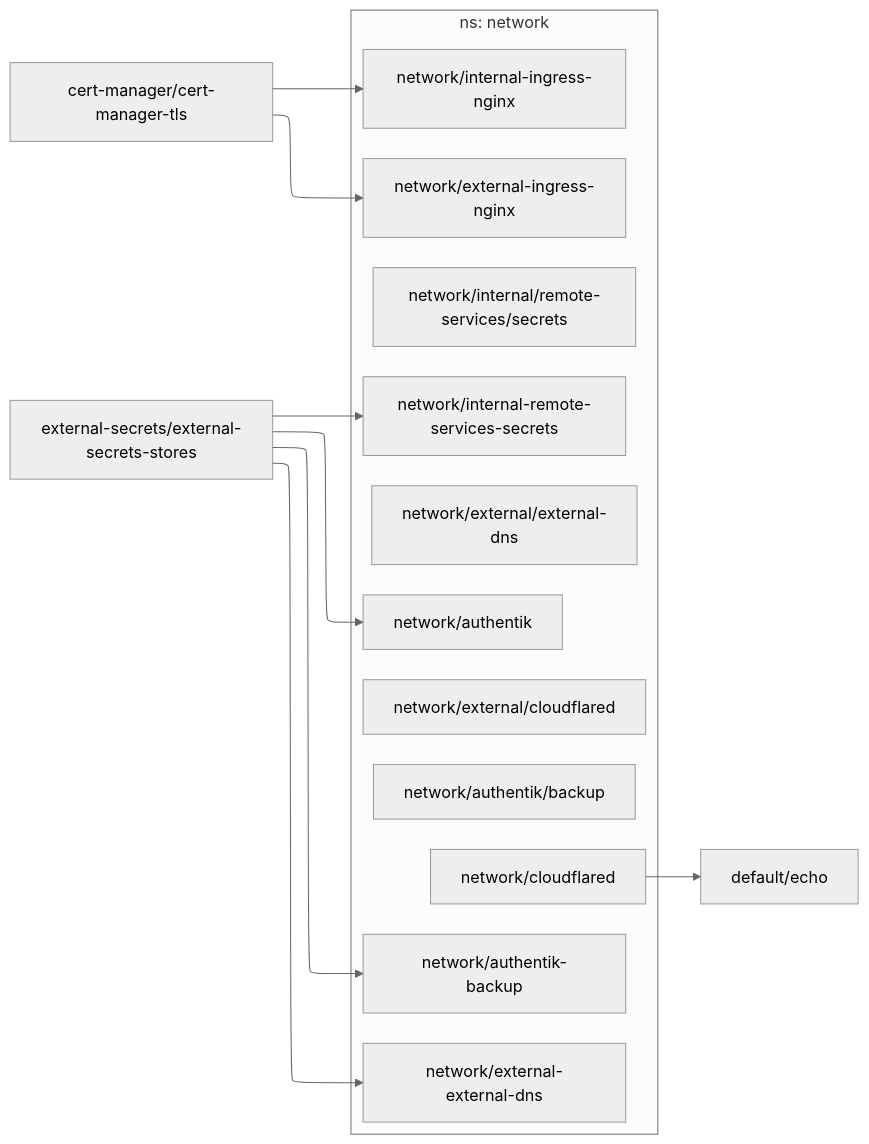
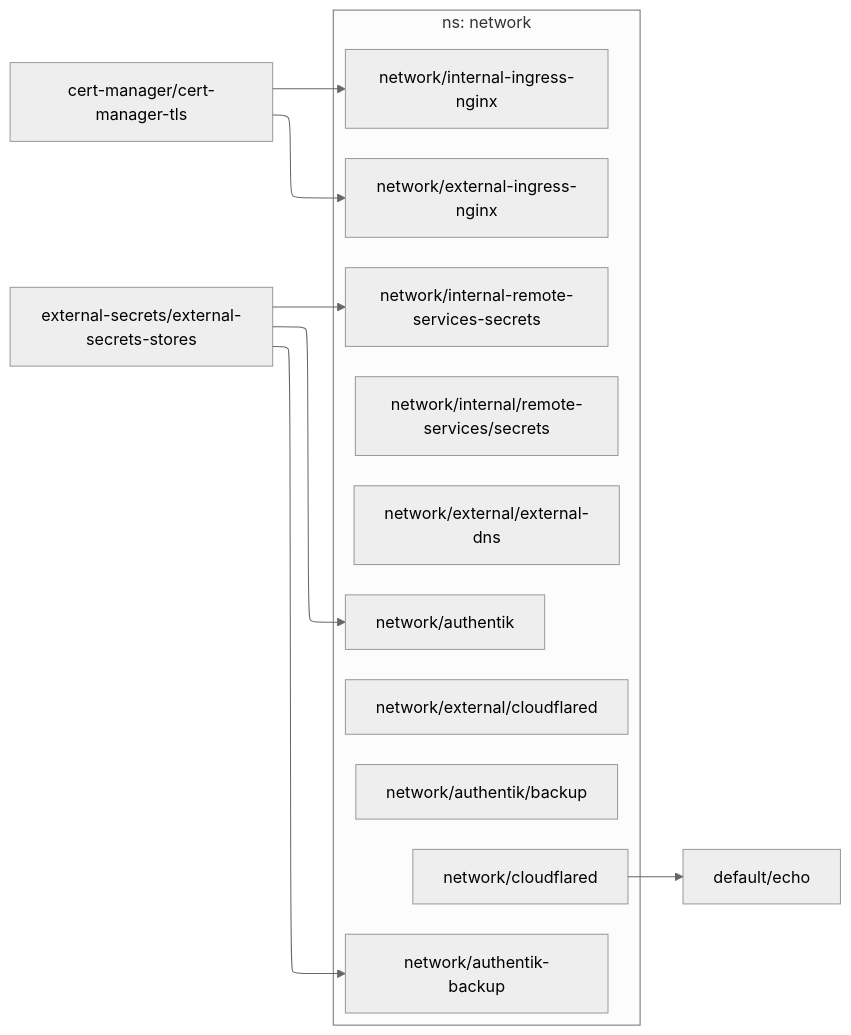
The diagram in dependencies/DEPENDENCIES-network.md (roblandry/home-ops), drawn with Mermaid (neutral theme) before and after one commit. The commit also changed 12 other files, not shown here.

````diff
--- a/dependencies/DEPENDENCIES-network.md
+++ b/dependencies/DEPENDENCIES-network.md
@@ -1,28 +1,26 @@
 ```mermaid
 ---
 config:
   layout: elk
 ---
 flowchart LR
 
   subgraph "ns: network"
     network/authentik
     network/authentik-backup
     network/authentik/backup
     network/cloudflared
-    network/external-external-dns
     network/external-ingress-nginx
     network/external/cloudflared
     network/external/external-dns
     network/internal-ingress-nginx
     network/internal-remote-services-secrets
     network/internal/remote-services/secrets
   end
   cert-manager/cert-manager-tls --> network/external-ingress-nginx
   cert-manager/cert-manager-tls --> network/internal-ingress-nginx
   external-secrets/external-secrets-stores --> network/authentik
   external-secrets/external-secrets-stores --> network/authentik-backup
-  external-secrets/external-secrets-stores --> network/external-external-dns
   external-secrets/external-secrets-stores --> network/internal-remote-services-secrets
   network/cloudflared --> default/echo
 ```
````
